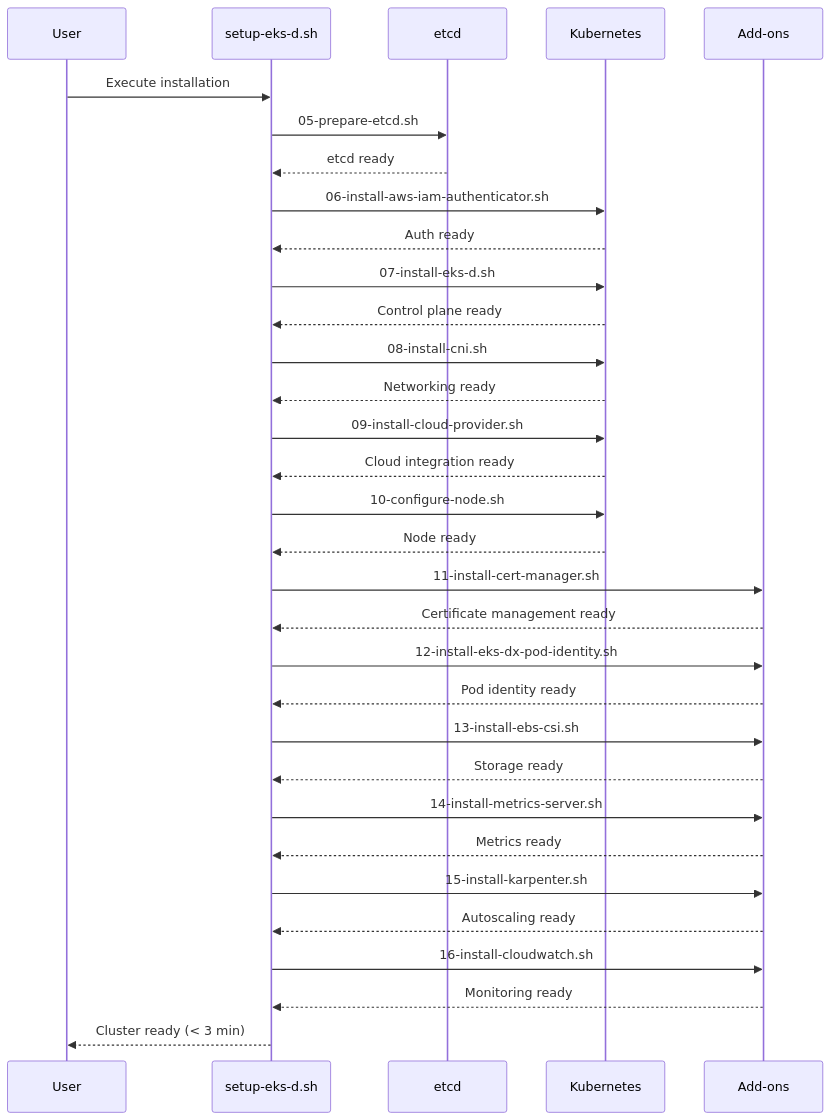
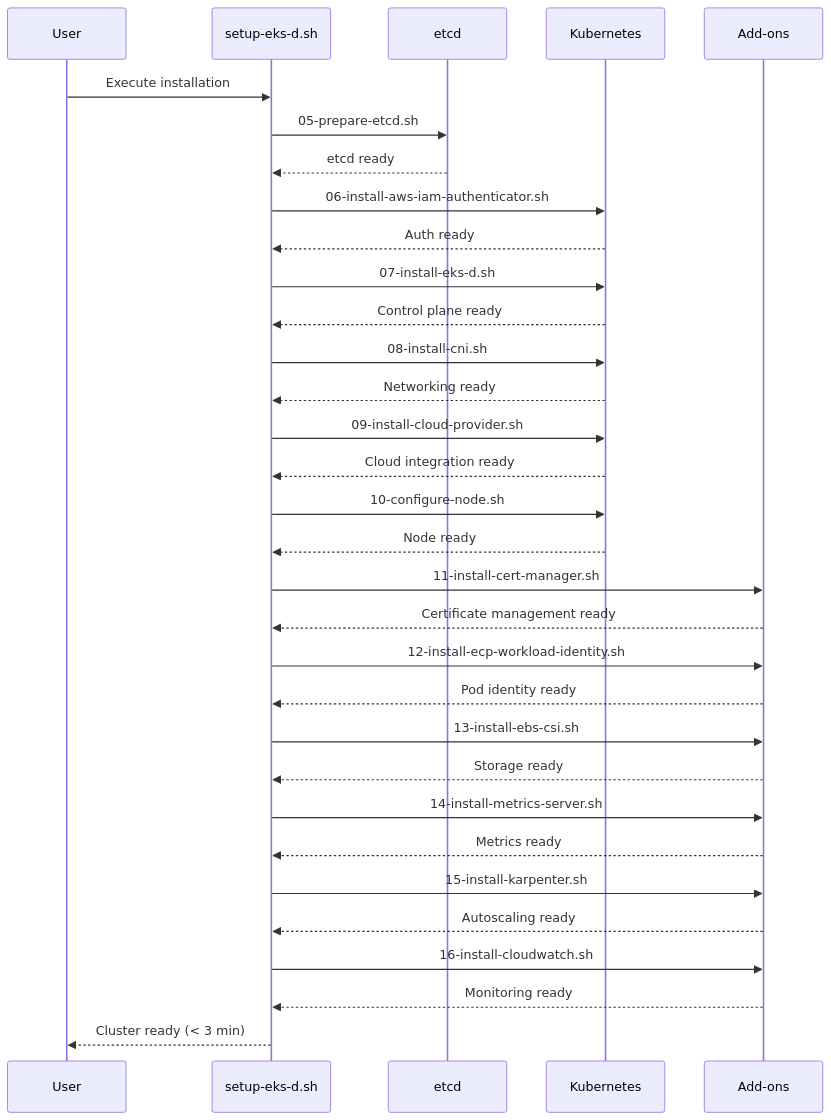
Before and after one commit to codriverlabs/express-compute-platform: the second of 7 diagrams in .agents/summary/workflows.md, drawn with Mermaid. The commit also changed 86 other files, not shown here.

````diff
--- a/.agents/summary/workflows.md
+++ b/.agents/summary/workflows.md
@@ -64,47 +64,47 @@
 ```mermaid
 sequenceDiagram
     participant U as User
     participant S as setup-eks-d.sh
     participant E as etcd
     participant K as Kubernetes
     participant A as Add-ons
     
     U->>S: Execute installation
     S->>E: 05-prepare-etcd.sh
     E-->>S: etcd ready
     
     S->>K: 06-install-aws-iam-authenticator.sh
     K-->>S: Auth ready
     
     S->>K: 07-install-eks-d.sh
     K-->>S: Control plane ready
     
     S->>K: 08-install-cni.sh
     K-->>S: Networking ready
     
     S->>K: 09-install-cloud-provider.sh
     K-->>S: Cloud integration ready
     
     S->>K: 10-configure-node.sh
     K-->>S: Node ready
     
     S->>A: 11-install-cert-manager.sh
     A-->>S: Certificate management ready
     
-    S->>A: 12-install-eks-dx-pod-identity.sh
+    S->>A: 12-install-ecp-workload-identity.sh
     A-->>S: Pod identity ready
     
     S->>A: 13-install-ebs-csi.sh
     A-->>S: Storage ready
     
     S->>A: 14-install-metrics-server.sh
     A-->>S: Metrics ready
     
     S->>A: 15-install-karpenter.sh
     A-->>S: Autoscaling ready
     
     S->>A: 16-install-cloudwatch.sh
     A-->>S: Monitoring ready
     
     S-->>U: Cluster ready (< 3 min)
 ```
````
